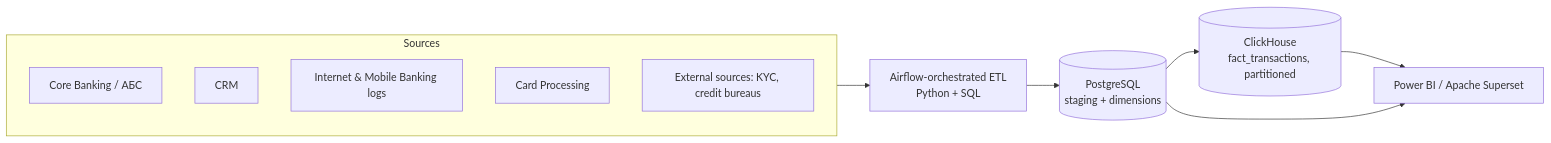
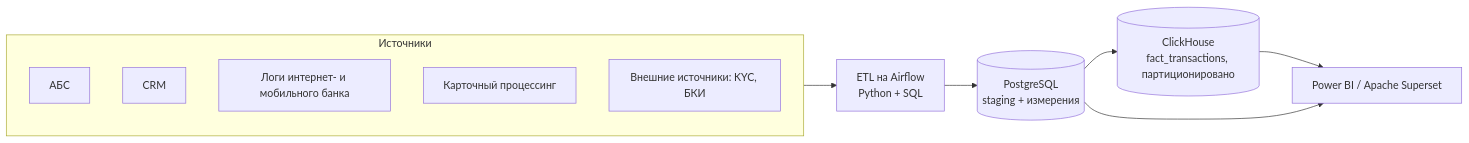
The first of 2 diagrams in README.md (ArkadiyOs23/Bank_Transactions_DWH), drawn with Mermaid before and after one commit. The commit also changed other lines of this file and 5 other files, not shown here.

````diff
--- a/README.md
+++ b/README.md
@@ -37,15 +40,15 @@
 ```mermaid
 flowchart LR
-    subgraph Sources
-        ABS[Core Banking / АБС]
+    subgraph Sources["Источники"]
+        ABS[АБС]
         CRM[CRM]
-        DBO[Internet & Mobile Banking logs]
-        CARD[Card Processing]
-        EXT[External sources: KYC, credit bureaus]
+        DBO["Логи интернет- и мобильного банка"]
+        CARD["Карточный процессинг"]
+        EXT["Внешние источники: KYC, БКИ"]
     end
-    Sources --> ETL[Airflow-orchestrated ETL\nPython + SQL]
-    ETL --> STG[(PostgreSQL\nstaging + dimensions)]
-    STG --> DWH[(ClickHouse\nfact_transactions, partitioned)]
-    DWH --> BI[Power BI / Apache Superset]
+    Sources --> ETL["ETL на Airflow\nPython + SQL"]
+    ETL --> STG[("PostgreSQL\nstaging + измерения")]
+    STG --> DWH[("ClickHouse\nfact_transactions, партиционировано")]
+    DWH --> BI["Power BI / Apache Superset"]
     STG --> BI
 ```
````
